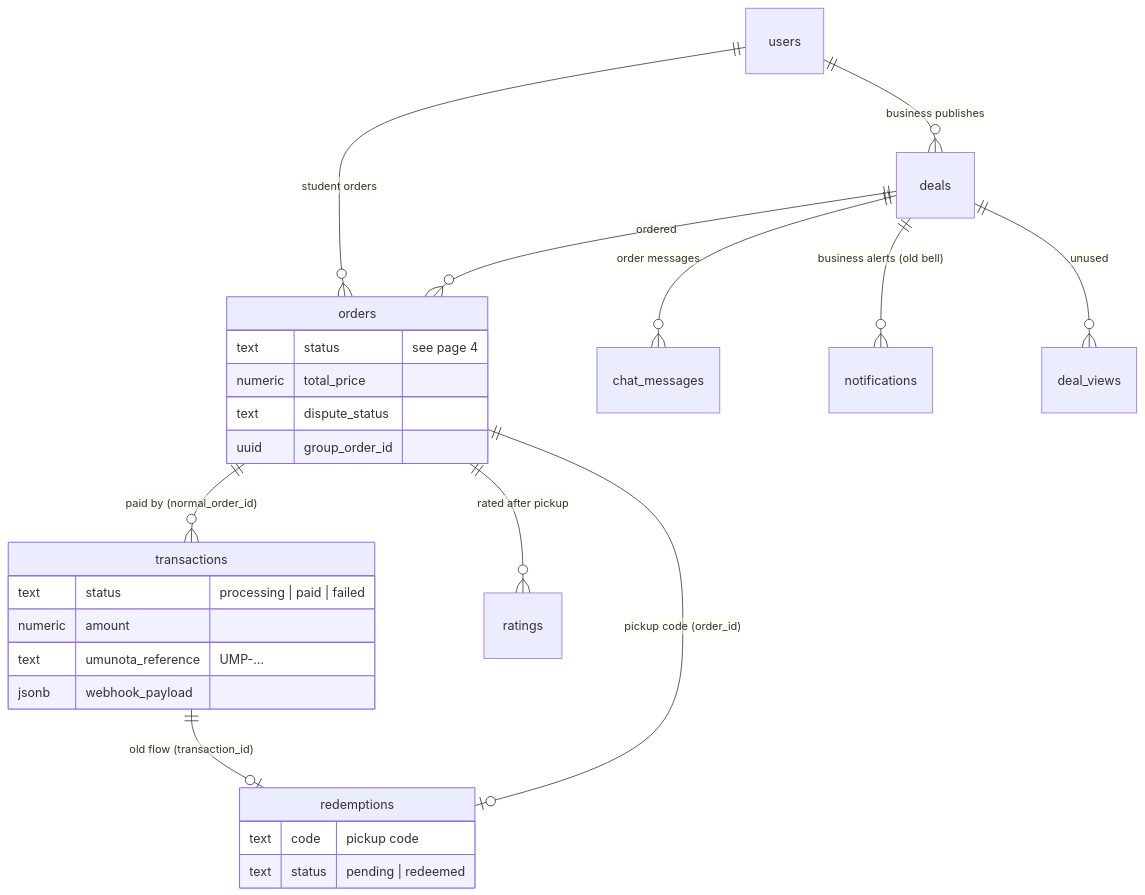
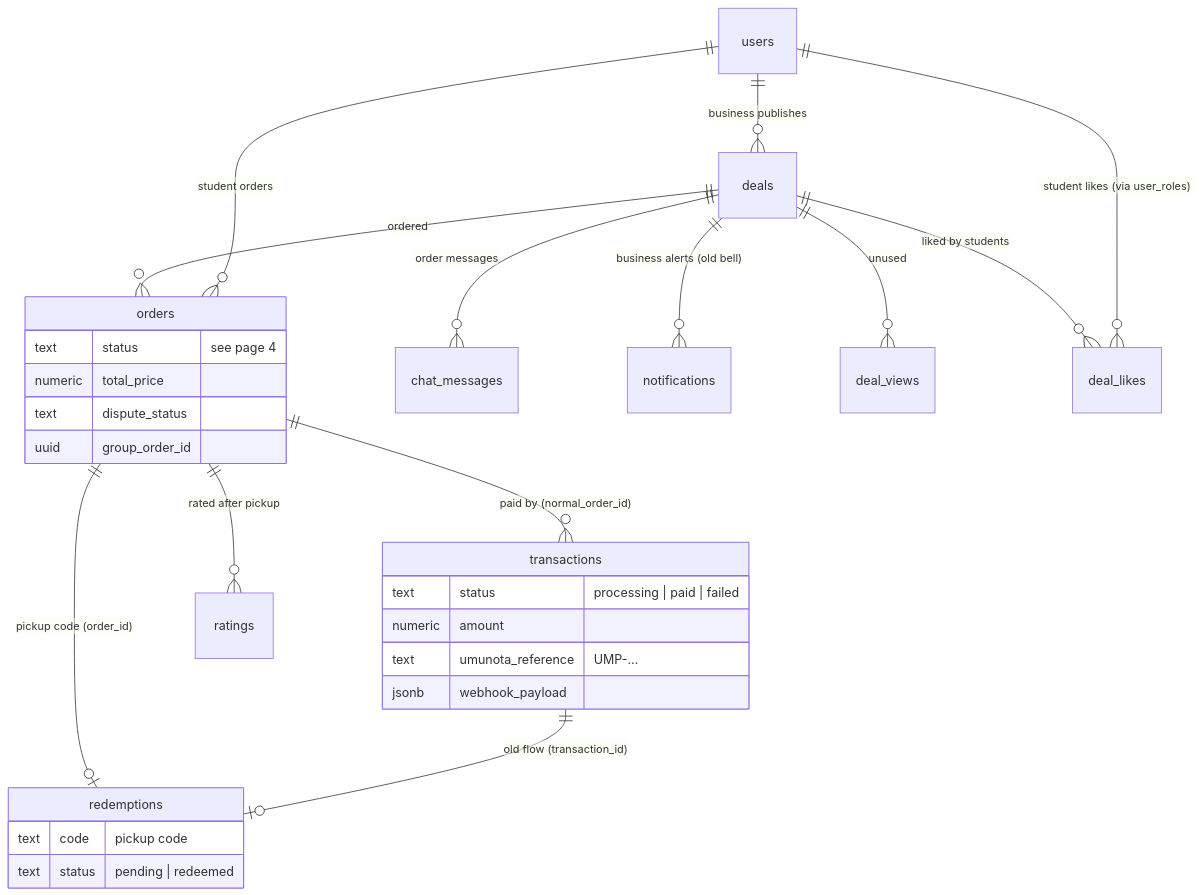
The second of 5 diagrams in docs/architecture/05-data.md (tangaza360-max/unipicks), drawn with Mermaid before and after one commit. The commit also changed other lines of this file and 6 other files, not shown here.

First line of the commit message:
feat(social): likes on deals (database) and feed like/save numbers

````diff
--- a/docs/architecture/05-data.md
+++ b/docs/architecture/05-data.md
@@ -37,29 +37,31 @@
 ```mermaid
 erDiagram
   users ||--o{ deals : "business publishes"
   deals ||--o{ orders : "ordered"
   users ||--o{ orders : "student orders"
   orders ||--o{ transactions : "paid by (normal_order_id)"
   orders ||--o| redemptions : "pickup code (order_id)"
   transactions ||--o| redemptions : "old flow (transaction_id)"
   orders ||--o{ ratings : "rated after pickup"
   deals ||--o{ chat_messages : "order messages"
   deals ||--o{ notifications : "business alerts (old bell)"
   deals ||--o{ deal_views : "unused"
+  deals ||--o{ deal_likes : "liked by students"
+  users ||--o{ deal_likes : "student likes (via user_roles)"
   orders {
     text status "see page 4"
     numeric total_price
     text dispute_status
     uuid group_order_id
   }
   transactions {
     text status "processing | paid | failed"
     numeric amount
     text umunota_reference "UMP-…"
     jsonb webhook_payload
   }
   redemptions {
     text code "pickup code"
     text status "pending | redeemed"
   }
 ```
````
